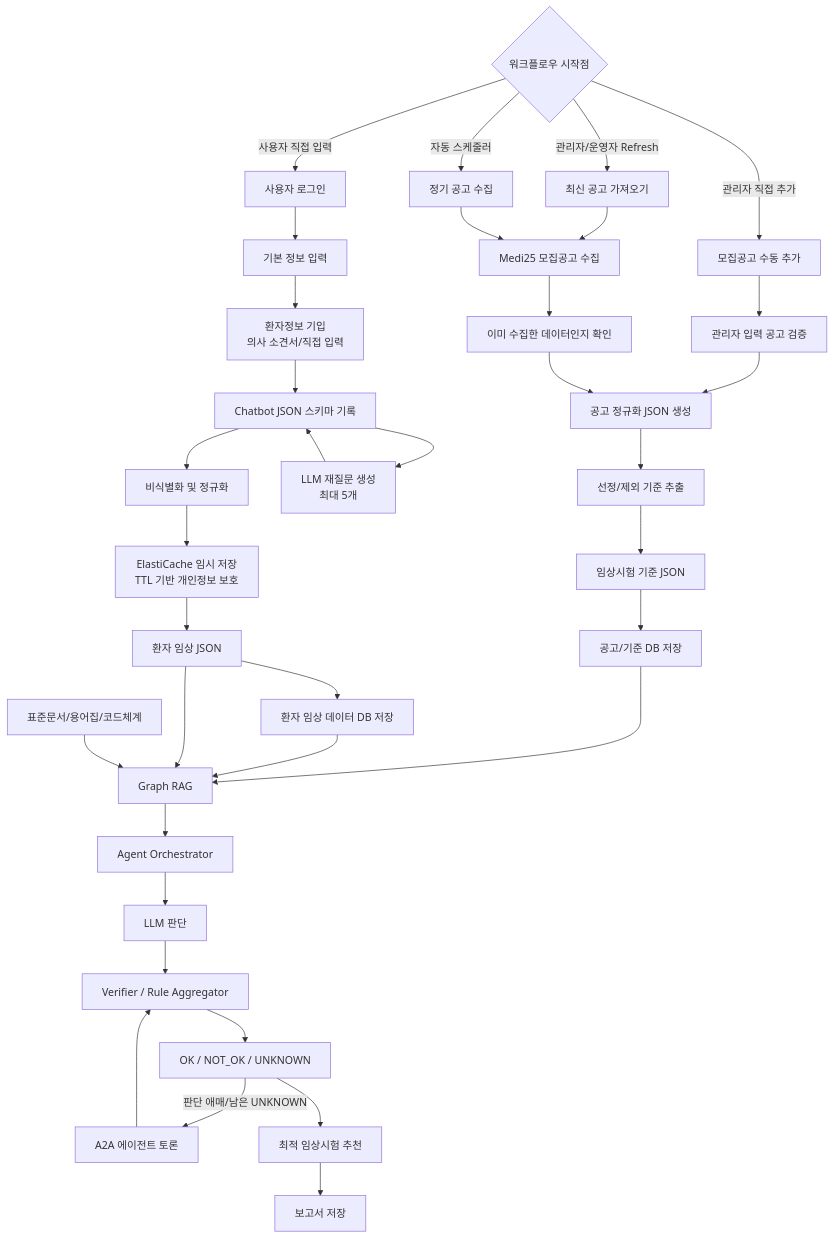
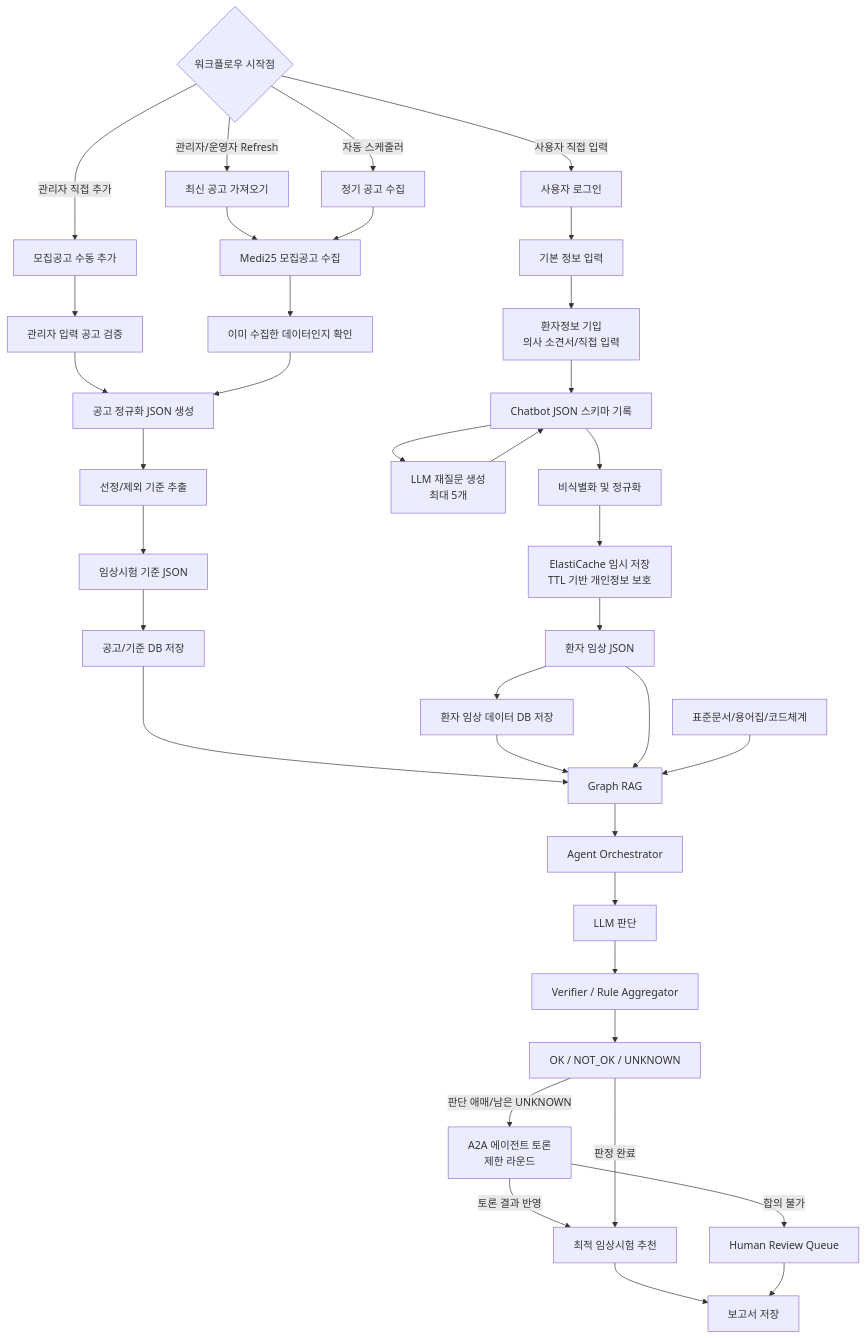
Before and after one commit to 1jaekim/AWS_Healthcare: the first of 7 diagrams in doc/MATCHING_MODEL_V2.md, drawn with Mermaid. The commit also changed other lines of this file and 1 other file, not shown here.

````diff
--- a/doc/MATCHING_MODEL_V2.md
+++ b/doc/MATCHING_MODEL_V2.md
@@ -11,44 +11,45 @@
 ```mermaid
 flowchart TD
     START{"워크플로우 시작점"}
     START -->|관리자/운영자 Refresh| REF["최신 공고 가져오기"]
     START -->|관리자 직접 추가| ADMINADD["모집공고 수동 추가"]
     START -->|자동 스케줄러| AUTO["정기 공고 수집"]
     START -->|사용자 직접 입력| U["사용자 로그인"]
 
     REF --> A["Medi25 모집공고 수집"]
     ADMINADD --> MANUAL["관리자 입력 공고 검증"]
     MANUAL --> B
     AUTO --> A
     A --> CHECK["이미 수집한 데이터인지 확인"]
     CHECK --> B["공고 정규화 JSON 생성"]
     B --> C["선정/제외 기준 추출"]
     C --> D["임상시험 기준 JSON"]
     D --> DBT["공고/기준 DB 저장"]
 
     U --> P["기본 정보 입력"]
     P --> E["환자정보 기입<br/>의사 소견서/직접 입력"]
     E --> BOT["Chatbot JSON 스키마 기록"]
     BOT --> Q0["LLM 재질문 생성<br/>최대 5개"]
     Q0 --> BOT
     BOT --> S["비식별화 및 정규화"]
     S --> CACHE["ElastiCache 임시 저장<br/>TTL 기반 개인정보 보호"]
     CACHE --> J["환자 임상 JSON"]
     J --> DBP["환자 임상 데이터 DB 저장"]
 
     DBT --> R["Graph RAG"]
     DBP --> R
     J --> R
     STD["표준문서/용어집/코드체계"] --> R
 
     R --> AG["Agent Orchestrator"]
     AG --> M["LLM 판단"]
     M --> V["Verifier / Rule Aggregator"]
     V --> O["OK / NOT_OK / UNKNOWN"]
 
-    O -->|판단 애매/남은 UNKNOWN| A2A["A2A 에이전트 토론"]
-    A2A --> V
-
-    O --> REC["최적 임상시험 추천"]
+    O -->|판단 애매/남은 UNKNOWN| A2A["A2A 에이전트 토론<br/>제한 라운드"]
+    A2A -->|토론 결과 반영| REC["최적 임상시험 추천"]
+    A2A -->|합의 불가| HR["Human Review Queue"]
+    O -->|판정 완료| REC
     REC --> REP["보고서 저장"]
+    HR --> REP
 ```
````
